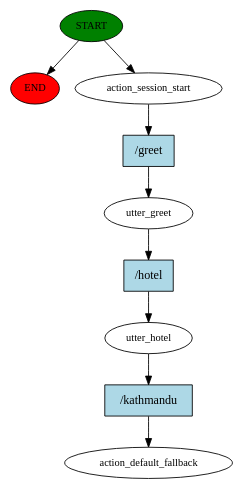
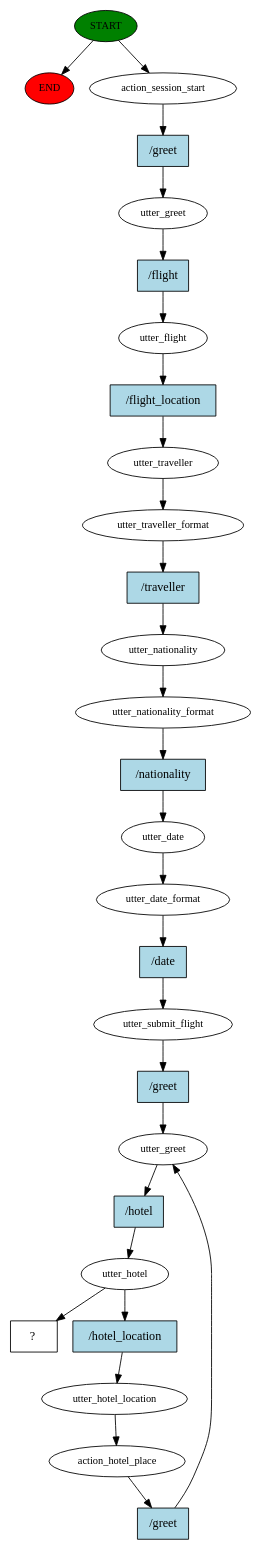
Before and after one commit to dristi-sigdel/reservation-bot: the diagram in story_graph.dot, drawn with Graphviz. The commit also changed 802 other files, not shown here.

```diff
--- a/story_graph.dot
+++ b/story_graph.dot
@@ -1,19 +1,56 @@
 digraph  {
 0 [class="start active", fillcolor=green, fontsize=12, label=START, style=filled];
 "-1" [class=end, fillcolor=red, fontsize=12, label=END, style=filled];
 1 [class=active, fontsize=12, label=action_session_start];
 2 [class=active, fontsize=12, label=utter_greet];
-3 [class=active, fontsize=12, label=utter_hotel];
-4 [class="dashed active", fontsize=12, label=action_default_fallback];
-5 [class="intent active", fillcolor=lightblue, label="/greet", shape=rect, style=filled];
-6 [class="intent active", fillcolor=lightblue, label="/hotel", shape=rect, style=filled];
-7 [class="intent active", fillcolor=lightblue, label="/kathmandu", shape=rect, style=filled];
+3 [class=active, fontsize=12, label=utter_flight];
+4 [class=active, fontsize=12, label=utter_traveller];
+5 [class=active, fontsize=12, label=utter_traveller_format];
+6 [class=active, fontsize=12, label=utter_nationality];
+7 [class=active, fontsize=12, label=utter_nationality_format];
+8 [class=active, fontsize=12, label=utter_date];
+9 [class=active, fontsize=12, label=utter_date_format];
+10 [class=active, fontsize=12, label=utter_submit_flight];
+11 [class=active, fontsize=12, label=utter_greet];
+12 [class=active, fontsize=12, label=utter_hotel];
+13 [class=active, fontsize=12, label=utter_hotel_location];
+14 [class=active, fontsize=12, label=action_hotel_place];
+17 [class="intent dashed active", label="  ?  ", shape=rect];
+18 [class="intent active", fillcolor=lightblue, label="/greet", shape=rect, style=filled];
+19 [class="intent active", fillcolor=lightblue, label="/flight", shape=rect, style=filled];
+20 [class="intent active", fillcolor=lightblue, label="/flight_location", shape=rect, style=filled];
+21 [class="intent active", fillcolor=lightblue, label="/traveller", shape=rect, style=filled];
+22 [class="intent active", fillcolor=lightblue, label="/nationality", shape=rect, style=filled];
+23 [class="intent active", fillcolor=lightblue, label="/date", shape=rect, style=filled];
+24 [class="intent active", fillcolor=lightblue, label="/greet", shape=rect, style=filled];
+25 [class="intent active", fillcolor=lightblue, label="/hotel", shape=rect, style=filled];
+26 [class="intent active", fillcolor=lightblue, label="/hotel_location", shape=rect, style=filled];
+27 [class="intent active", fillcolor=lightblue, label="/greet", shape=rect, style=filled];
 0 -> "-1"  [class="", key=NONE, label=""];
 0 -> 1  [class=active, key=NONE, label=""];
-1 -> 5  [class=active, key=0];
-2 -> 6  [class=active, key=0];
-3 -> 7  [class=active, key=0];
-5 -> 2  [class=active, key=0];
-6 -> 3  [class=active, key=0];
-7 -> 4  [class=active, key=0];
+1 -> 18  [class=active, key=0];
+2 -> 19  [class=active, key=0];
+3 -> 20  [class=active, key=0];
+4 -> 5  [class=active, key=NONE, label=""];
+5 -> 21  [class=active, key=0];
+6 -> 7  [class=active, key=NONE, label=""];
+7 -> 22  [class=active, key=0];
+8 -> 9  [class=active, key=NONE, label=""];
+9 -> 23  [class=active, key=0];
+10 -> 24  [class=active, key=0];
+11 -> 25  [class=active, key=0];
+12 -> 17  [class=active, key=NONE, label=""];
+12 -> 26  [class=active, key=0];
+13 -> 14  [class=active, key=NONE, label=""];
+14 -> 27  [class=active, key=0];
+18 -> 2  [class=active, key=0];
+19 -> 3  [class=active, key=0];
+20 -> 4  [class=active, key=0];
+21 -> 6  [class=active, key=0];
+22 -> 8  [class=active, key=0];
+23 -> 10  [class=active, key=0];
+24 -> 11  [class=active, key=0];
+25 -> 12  [class=active, key=0];
+26 -> 13  [class=active, key=0];
+27 -> 11  [class=active, key=0];
 }
```
